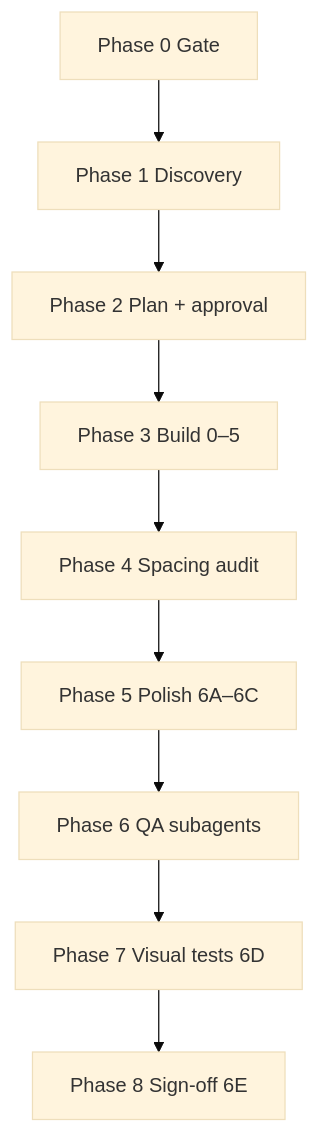
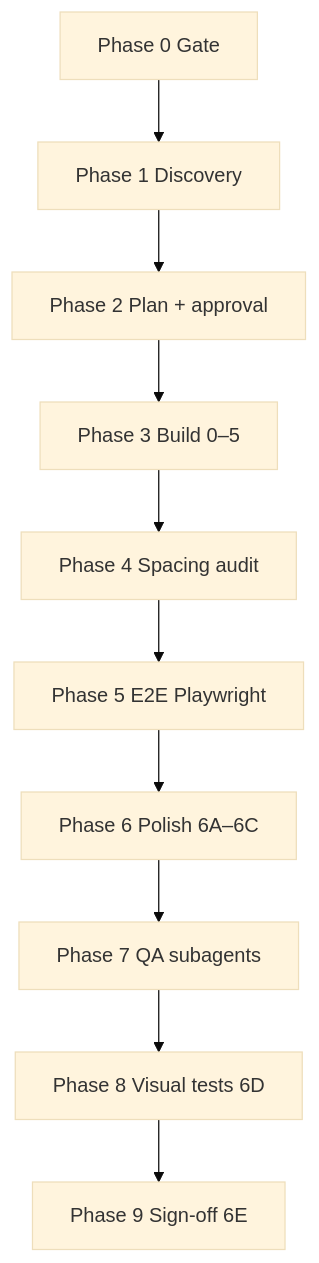
The diagram in .agents/skills/figma-payload-cms/SKILL.md (jamc96/payload-boilerplate), drawn with Mermaid (base theme) before and after one commit. The commit also changed other lines of this file and 53 other files, not shown here.

````diff
--- a/.agents/skills/figma-payload-cms/SKILL.md
+++ b/.agents/skills/figma-payload-cms/SKILL.md
@@ -36,11 +42,12 @@
 ```mermaid
 flowchart TD
   P0[Phase 0 Gate] --> P1[Phase 1 Discovery]
   P1 --> P2[Phase 2 Plan + approval]
   P2 --> P3[Phase 3 Build 0–5]
   P3 --> P4[Phase 4 Spacing audit]
-  P4 --> P5[Phase 5 Polish 6A–6C]
-  P5 --> P6[Phase 6 QA subagents]
-  P6 --> P7[Phase 7 Visual tests 6D]
-  P7 --> P8[Phase 8 Sign-off 6E]
+  P4 --> P5[Phase 5 E2E Playwright]
+  P5 --> P6[Phase 6 Polish 6A–6C]
+  P6 --> P7[Phase 7 QA subagents]
+  P7 --> P8[Phase 8 Visual tests 6D]
+  P8 --> P9[Phase 9 Sign-off 6E]
 ```
````
